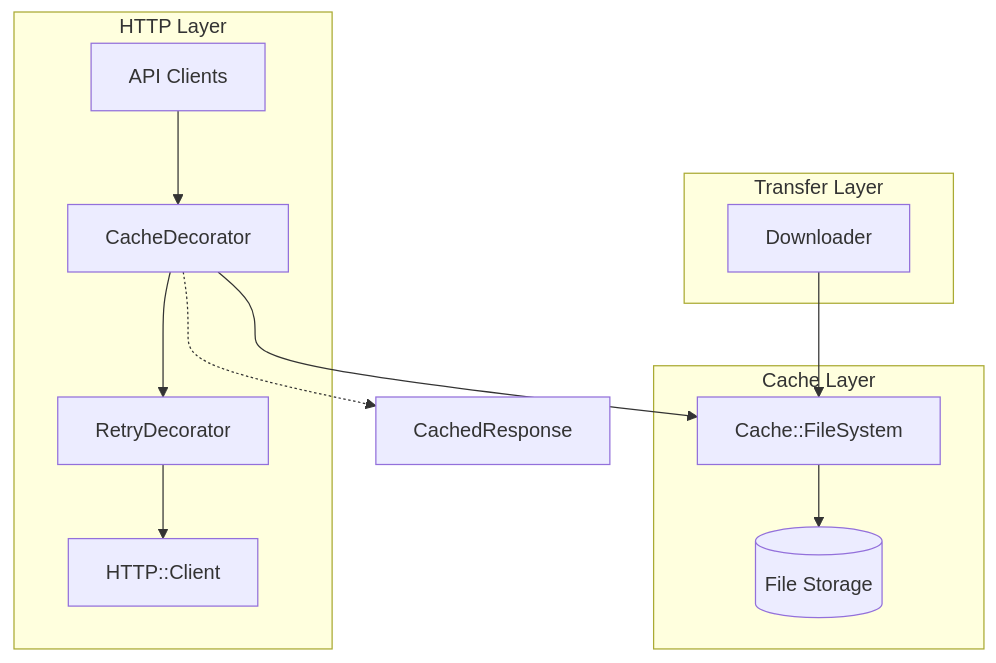
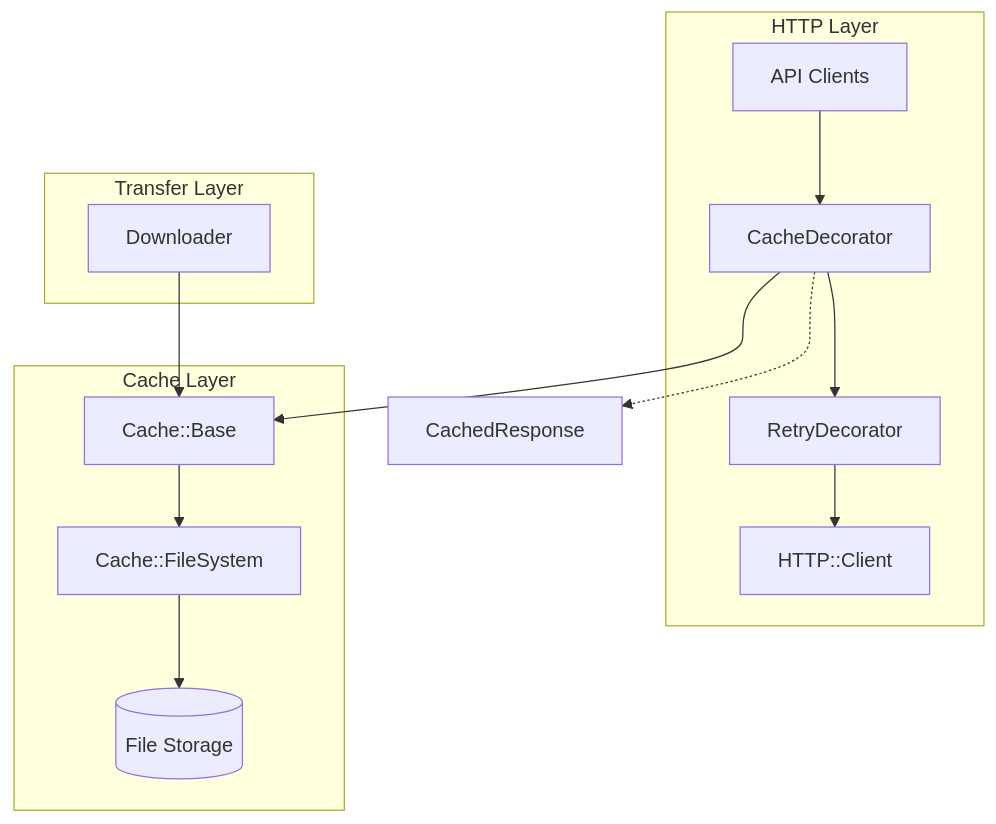
Before and after one commit to sakuro/factorix: the first of 2 diagrams in doc/components/cache.md, drawn with Mermaid. The commit also changed other lines of this file and 1 other file, not shown here.

First line of the commit message:
:memo: Update cache documentation for multi-backend architecture

````diff
--- a/doc/components/cache.md
+++ b/doc/components/cache.md
@@ -23,19 +23,20 @@
 ```mermaid
 graph TD
     subgraph "HTTP Layer"
         API[API Clients] --> CacheDecorator
         CacheDecorator --> RetryDecorator
         RetryDecorator --> Client[HTTP::Client]
     end
 
     subgraph "Cache Layer"
-        CacheDecorator --> FileSystem[Cache::FileSystem]
+        CacheDecorator --> Base[Cache::Base]
+        Base --> FileSystem[Cache::FileSystem]
         FileSystem --> Storage[(File Storage)]
     end
 
     subgraph "Transfer Layer"
-        Downloader --> FileSystem
+        Downloader --> Base
     end
 
     CacheDecorator -.-> CachedResponse
 ```
````
